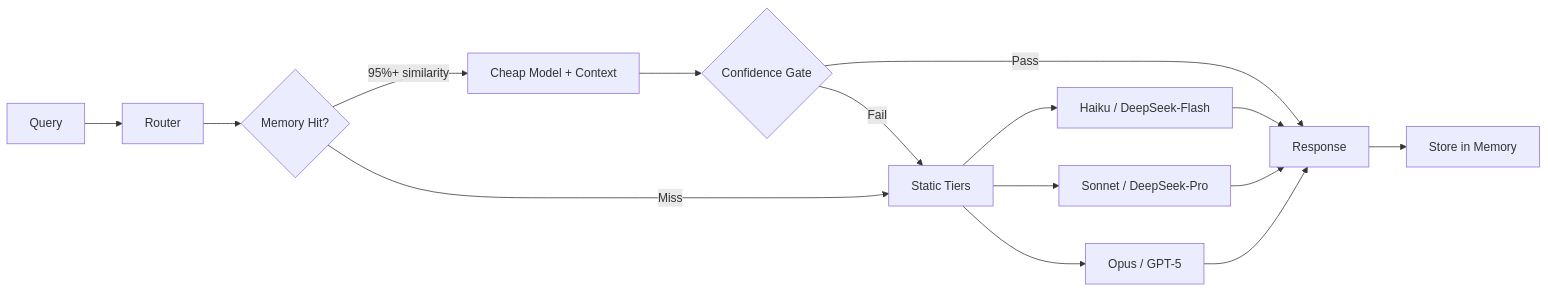
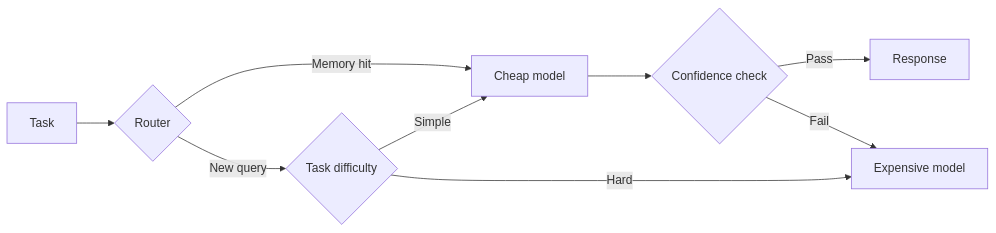
One commit to ndqkhanh/lyra changed the first of 2 diagrams in docs/innovations/model-router.md. Above: the diagram before and after it, drawn with Mermaid. The commit also changed other lines of this file and 23 other files, not shown here.

````diff
--- a/docs/innovations/model-router.md
+++ b/docs/innovations/model-router.md
@@ -38,17 +40,11 @@
 ```mermaid
 flowchart LR
-    Q[Query] --> R[Router]
-    R --> M{Memory Hit?}
-    M -->|95%+ similarity| C[Cheap Model + Context]
-    M -->|Miss| S[Static Tiers]
-    C --> G{Confidence Gate}
-    G -->|Pass| OUT[Response]
-    G -->|Fail| S
-    S --> T1[Haiku / DeepSeek-Flash]
-    S --> T2[Sonnet / DeepSeek-Pro]
-    S --> T3[Opus / GPT-5]
-    T1 --> OUT
-    T2 --> OUT
-    T3 --> OUT
-    OUT --> STORE[Store in Memory]
+    T[Task] --> R{Router}
+    R -->|Memory hit| C[Cheap model]
+    R -->|New query| L{Task difficulty}
+    L -->|Simple| C
+    L -->|Hard| E[Expensive model]
+    C --> G{Confidence check}
+    G -->|Pass| X[Response]
+    G -->|Fail| E
 ```
````
